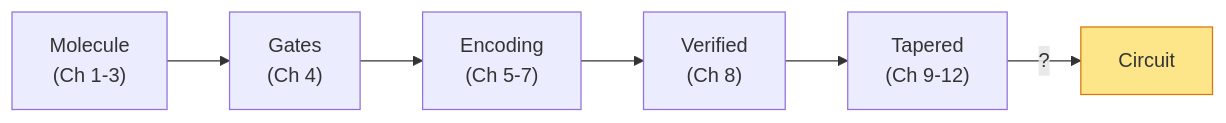
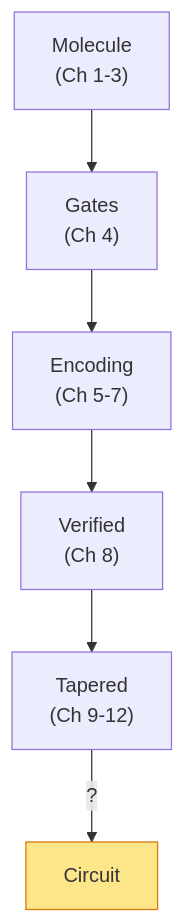
The first of 2 diagrams in book/13-time-evolution.md (johnazariah/encodings), drawn with Mermaid before and after one commit. The commit also changed 8 other files, not shown here.

First line of the commit message:
book: diagram consistency, data plots, pagination fixes

````diff
--- a/book/13-time-evolution.md
+++ b/book/13-time-evolution.md
@@ -57,9 +57,9 @@
 ```mermaid
-flowchart LR
+flowchart TD
     MOL["Molecule<br/>(Ch 1-3)"] --> GATES["Gates<br/>(Ch 4)"]
     GATES --> ENC["Encoding<br/>(Ch 5-7)"]
     ENC --> VER["Verified<br/>(Ch 8)"]
     VER --> TAP["Tapered<br/>(Ch 9-12)"]
     TAP --> |"?"| CIRC["Circuit"]
     style CIRC fill:#fde68a,stroke:#d97706
 ```
````
